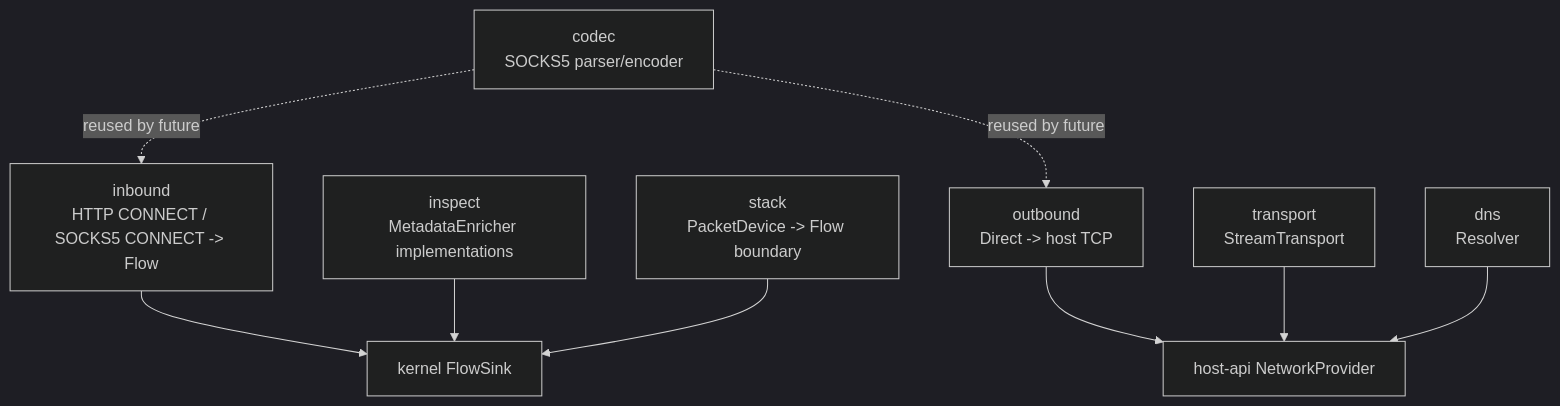
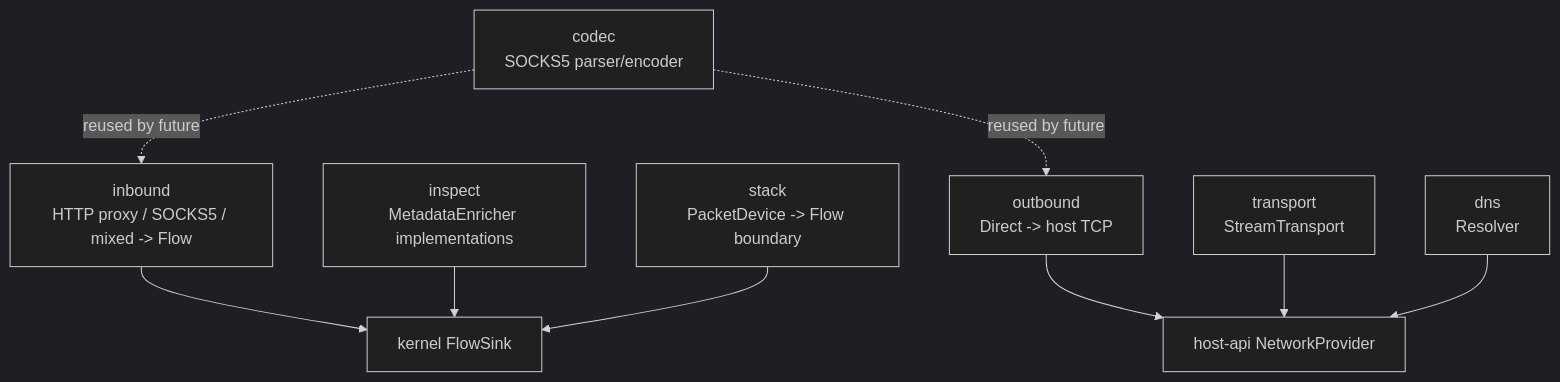
The seventh of 9 diagrams in docs/current-architecture.md (loafman1120/RustBox), drawn with Mermaid (dark theme) before and after one commit. The commit also changed other lines of this file and 11 other files, not shown here.

Commit message:
Add mixed inbound and proxy auth support

````diff
--- a/docs/current-architecture.md
+++ b/docs/current-architecture.md
@@ -448,19 +452,19 @@
 ```mermaid
 flowchart TB
     CODEC["codec\nSOCKS5 parser/encoder"]
-    INBOUND["inbound\nHTTP CONNECT / SOCKS5 CONNECT -> Flow"]
+    INBOUND["inbound\nHTTP proxy / SOCKS5 / mixed -> Flow"]
     OUTBOUND["outbound\nDirect -> host TCP"]
     TRANSPORT["transport\nStreamTransport"]
     DNS["dns\nResolver"]
     INSPECT["inspect\nMetadataEnricher implementations"]
     STACK["stack\nPacketDevice -> Flow boundary"]
 
     CODEC -. reused by future .-> INBOUND
     CODEC -. reused by future .-> OUTBOUND
     INBOUND --> KERNEL["kernel FlowSink"]
     OUTBOUND --> HOST["host-api NetworkProvider"]
     TRANSPORT --> HOST
     DNS --> HOST
     INSPECT --> KERNEL
     STACK --> KERNEL
 ```
````
